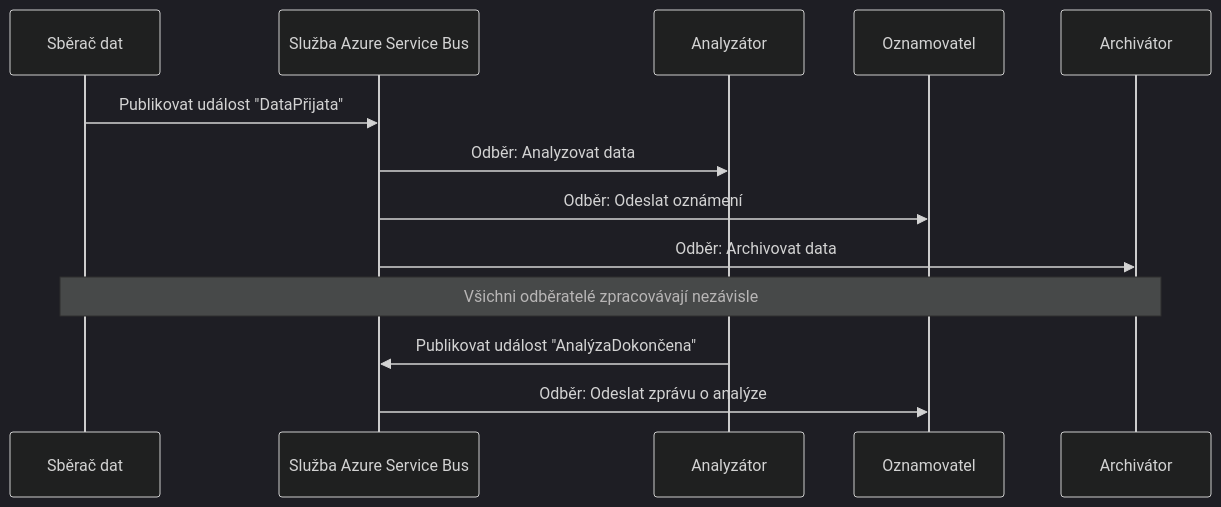
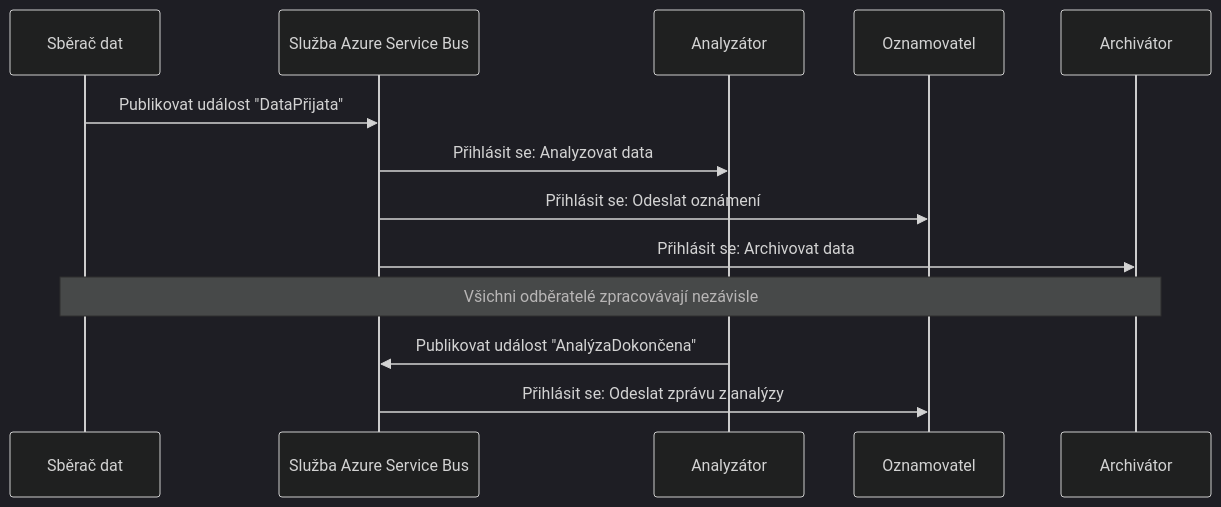
One commit to microsoft/AZD-for-beginners changed the fourth of 6 diagrams in translations/cs/docs/chapter-06-pre-deployment/coordination-patterns.md. Above: the diagram before and after it, drawn with Mermaid (dark theme). The commit also changed other lines of this file and 101 other files, not shown here.

````diff
--- a/translations/cs/docs/chapter-06-pre-deployment/coordination-patterns.md
+++ b/translations/cs/docs/chapter-06-pre-deployment/coordination-patterns.md
@@ -191,18 +185,18 @@
 ```mermaid
 sequenceDiagram
     participant Agent1 as Sběrač dat
     participant EventBus as Služba Azure Service Bus
     participant Agent2 as Analyzátor
     participant Agent3 as Oznamovatel
     participant Agent4 as Archivátor
     
     Agent1->>EventBus: Publikovat událost "DataPřijata"
-    EventBus->>Agent2: Odběr: Analyzovat data
-    EventBus->>Agent3: Odběr: Odeslat oznámení
-    EventBus->>Agent4: Odběr: Archivovat data
+    EventBus->>Agent2: Přihlásit se: Analyzovat data
+    EventBus->>Agent3: Přihlásit se: Odeslat oznámení
+    EventBus->>Agent4: Přihlásit se: Archivovat data
     
     Note over Agent1,Agent4: Všichni odběratelé zpracovávají nezávisle
     
     Agent2->>EventBus: Publikovat událost "AnalýzaDokončena"
-    EventBus->>Agent3: Odběr: Odeslat zprávu o analýze
+    EventBus->>Agent3: Přihlásit se: Odeslat zprávu z analýzy
 ```
````
